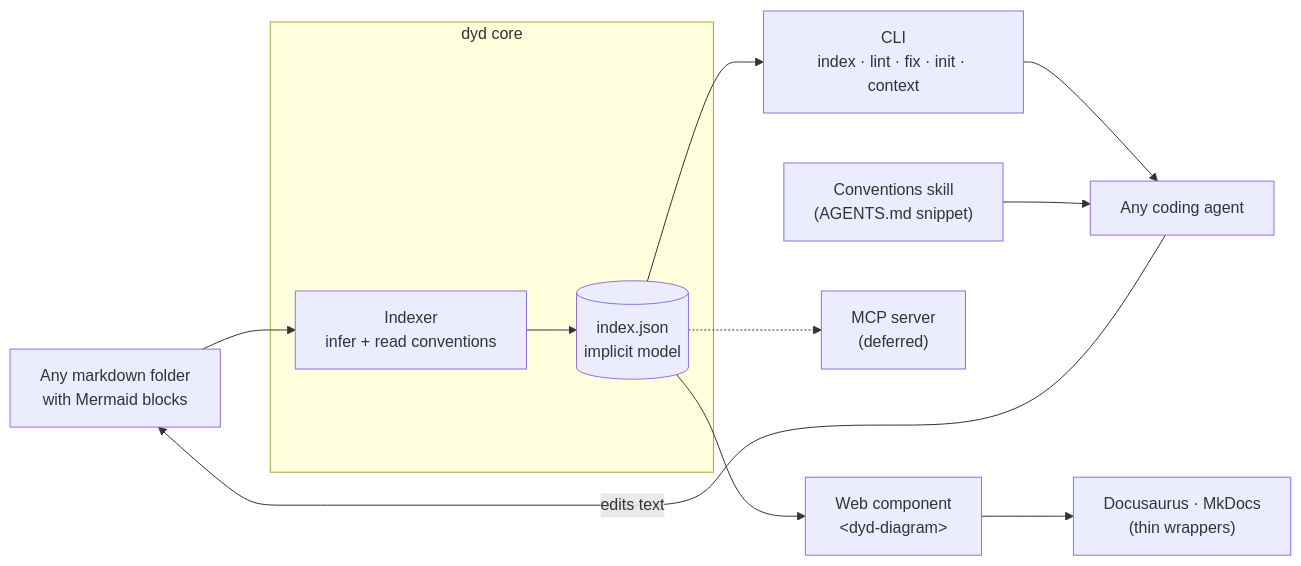
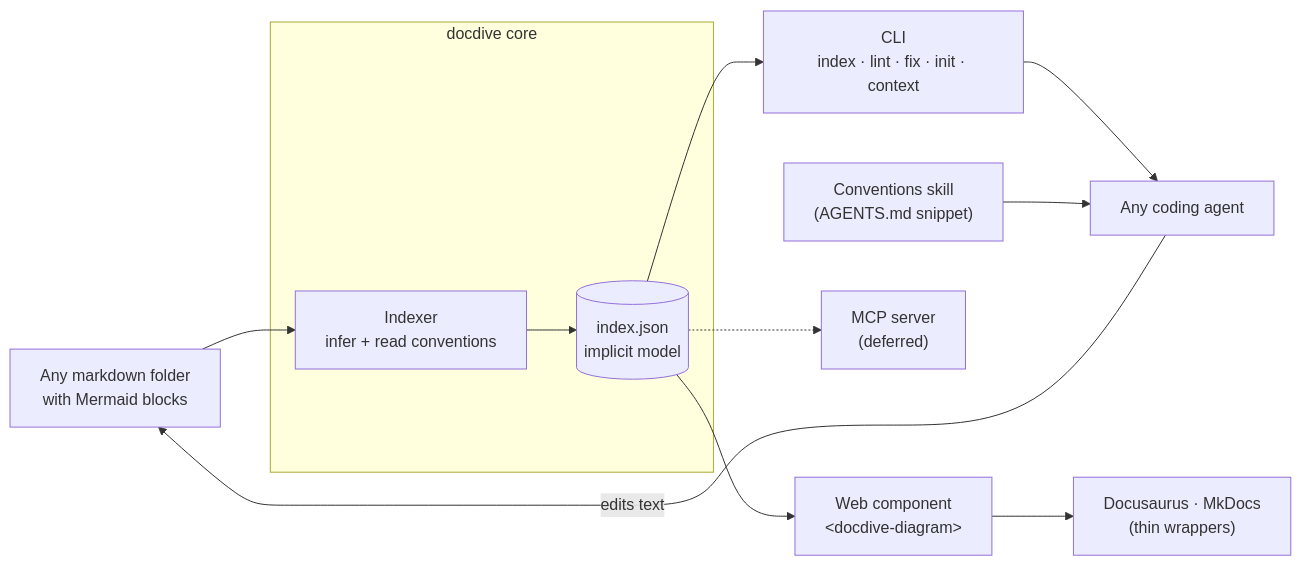
One commit to thibaudnavarre/docdive changed the first of 3 diagrams in docs/product-brief.md. Above: the diagram before and after it, drawn with Mermaid. The commit also changed other lines of this file and 13 other files, not shown here.

````diff
--- a/docs/product-brief.md
+++ b/docs/product-brief.md
@@ -70,17 +70,17 @@
 ```mermaid
 flowchart LR
   M["Any markdown folder<br/>with Mermaid blocks"] --> IDX
 
-  subgraph Core["dyd core"]
+  subgraph Core["docdive core"]
     IDX["Indexer<br/>infer + read conventions"] --> J[("index.json<br/>implicit model")]
   end
 
   J --> CLI["CLI<br/>index · lint · fix · init · context"]
-  J --> WC["Web component<br/>&lt;dyd-diagram&gt;"]
+  J --> WC["Web component<br/>&lt;docdive-diagram&gt;"]
   J -.-> MCP["MCP server<br/>(deferred)"]
 
   CLI --> AG["Any coding agent"]
   SK["Conventions skill<br/>(AGENTS.md snippet)"] --> AG
   WC --> SSG["Docusaurus · MkDocs<br/>(thin wrappers)"]
   AG -->|edits text| M
 ```
````
